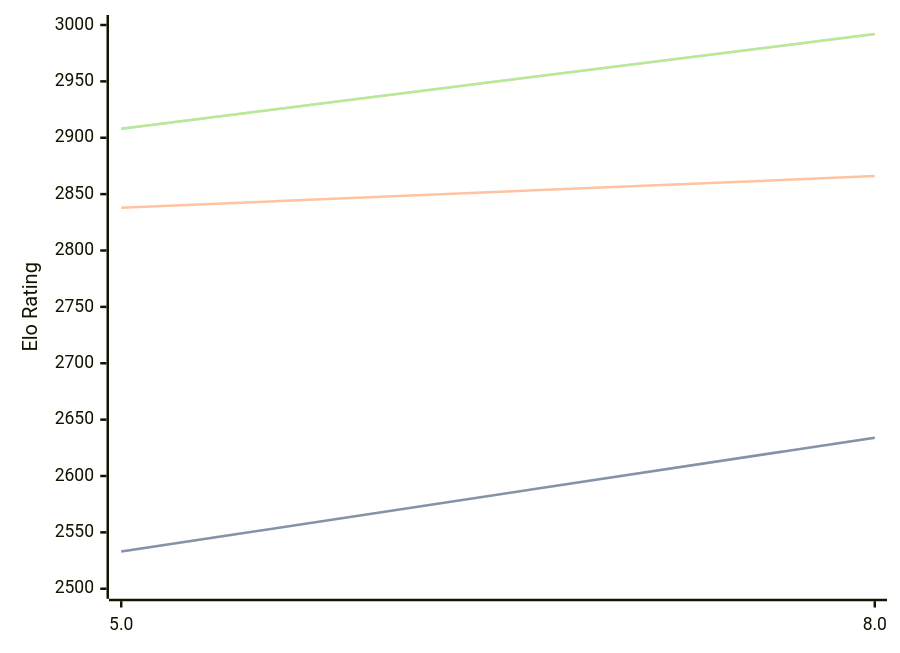
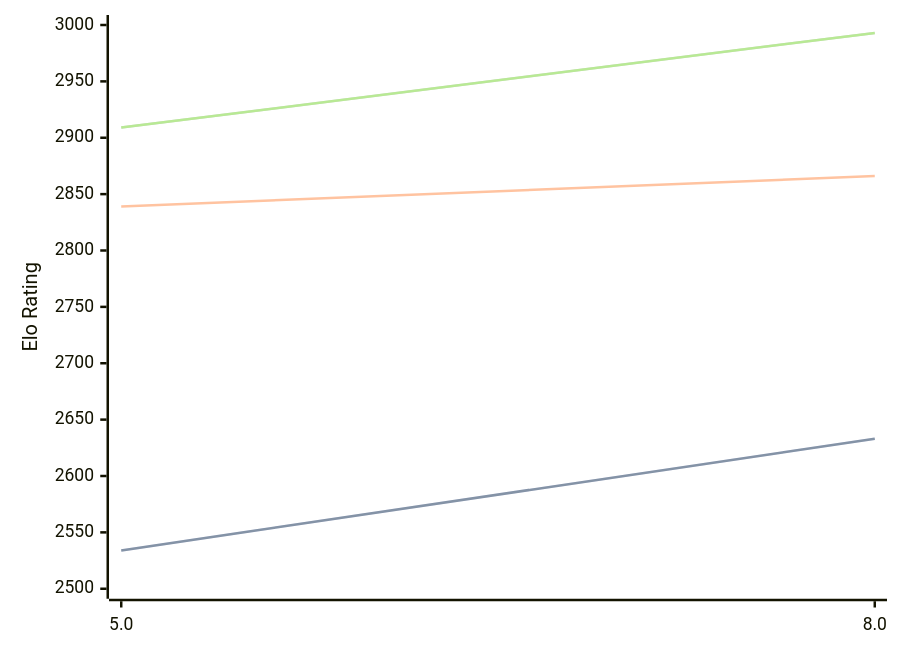
One commit to computer-chess-index/cci changed the diagram in engines/4kc.md. Above: the diagram before and after it, drawn with Mermaid. The commit also changed other lines of this file, not shown here.

Commit message:
Update CCI Ratings (ELO VLTC) - 2026-05-14

````diff
--- a/engines/4kc.md
+++ b/engines/4kc.md
@@ -41,11 +41,11 @@
 ```mermaid
 %%{init: {"theme":"base","themeVariables":{"seriesColors:['#a3a3a3','#222221','#faa371']}}}%%
 xychart-beta
   x-axis ["5.0", "8.0"]
   y-axis "Elo Rating" 2500 --> 3000
-  line "STC (8.0+0.08s)" [2533, 2634]
-  line "STC (8.0+0.08s)" [2533, 2634]
-  line "LTC (60.0+0.60s)" [2838, 2866]
-  line "VLTC (2m24s+1.12s)" [2908, 2992]
-  line "VLTC (2m24s+1.12s)" [2908, 2992]
+  line "STC (8.0+0.08s)" [2534, 2633]
+  line "STC (8.0+0.08s)" [2534, 2633]
+  line "LTC (60.0+0.60s)" [2839, 2866]
+  line "VLTC (2m24s+1.12s)" [2909, 2993]
+  line "VLTC (2m24s+1.12s)" [2909, 2993]
 ```
````
